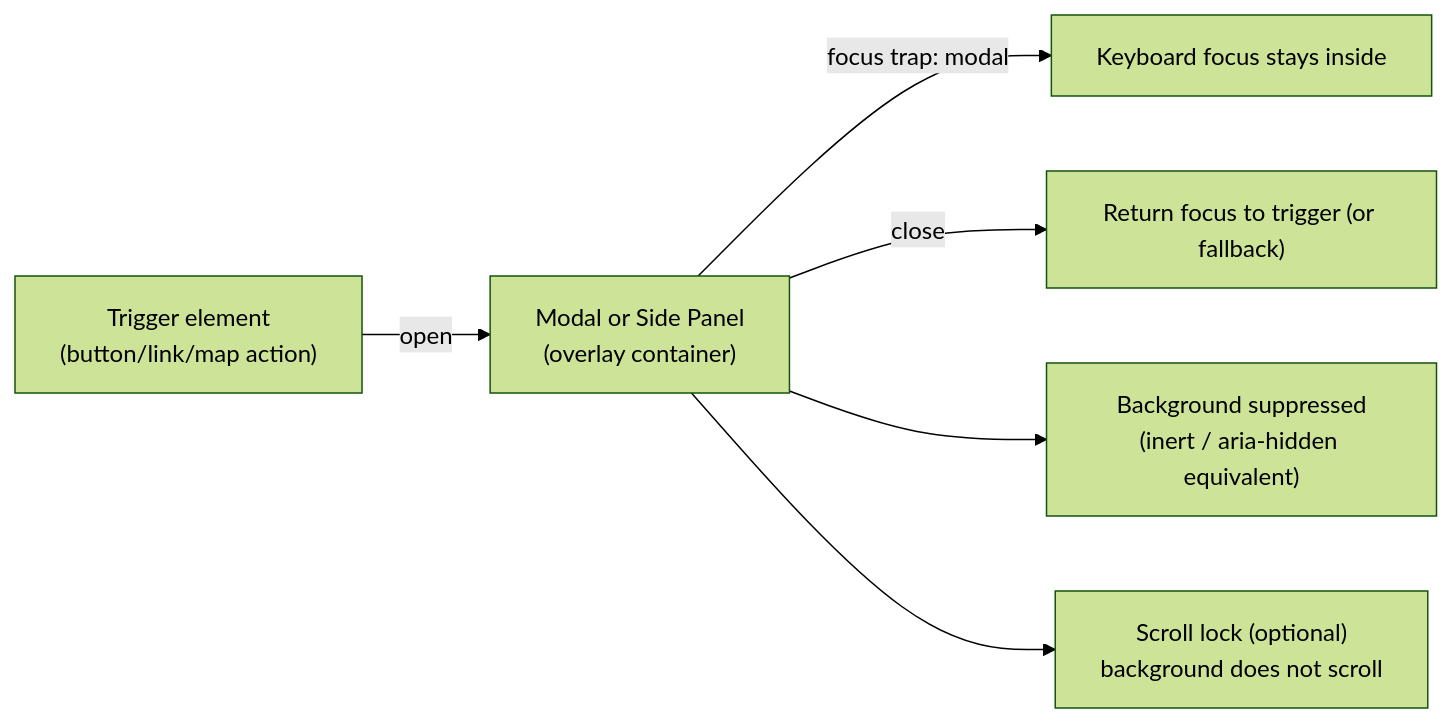
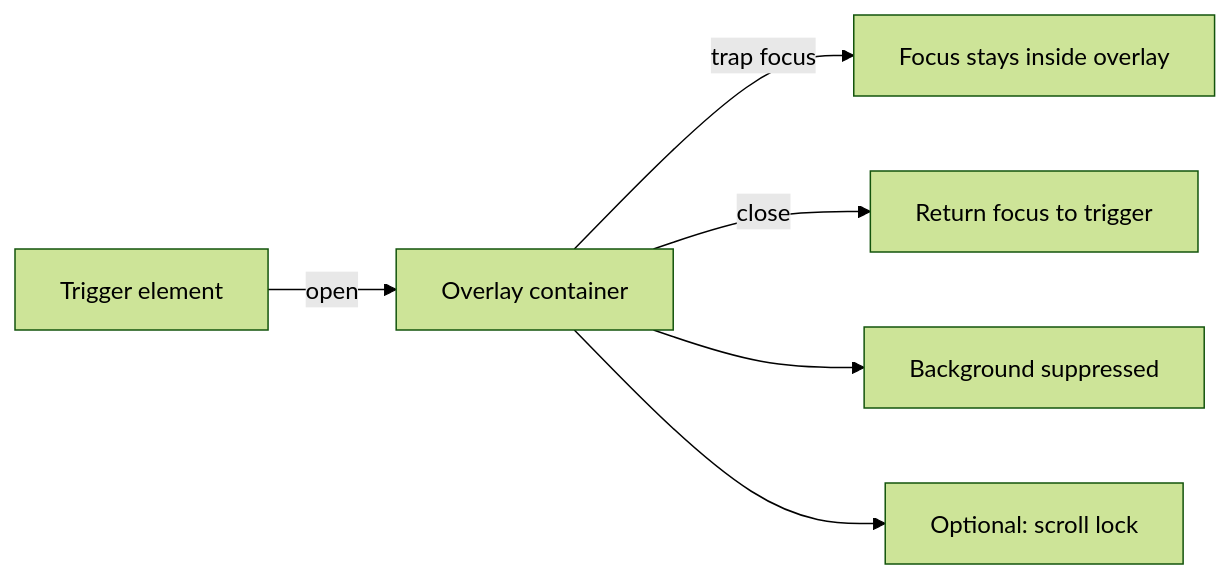
The first of 2 diagrams in docs/accessibility/patterns/modal-and-sidepanel.md (bartytime4life/Kansas-Frontier-Matrix), drawn with Mermaid (forest theme) before and after one commit. The commit also changed other lines of this file, not shown here.

```diff
--- a/docs/accessibility/patterns/modal-and-sidepanel.md
+++ b/docs/accessibility/patterns/modal-and-sidepanel.md
@@ -170,8 +180,8 @@
 ~~~mermaid
 flowchart LR
-  Trigger["Trigger element<br/>(button/link/map action)"] -->|open| Overlay["Modal or Side Panel<br/>(overlay container)"]
-  Overlay -->|focus trap: modal| Focus["Keyboard focus stays inside"]
-  Overlay -->|close| Return["Return focus to trigger (or fallback)"]
-  Overlay --> Suppress["Background suppressed<br/>(inert / aria-hidden equivalent)"]
-  Overlay --> Scroll["Scroll lock (optional)<br/>background does not scroll"]
+  Trigger[Trigger element] -->|open| Overlay[Overlay container]
+  Overlay -->|trap focus| Focus[Focus stays inside overlay]
+  Overlay -->|close| Return[Return focus to trigger]
+  Overlay --> Suppress[Background suppressed]
+  Overlay --> Scroll[Optional: scroll lock]
 ~~~
```
